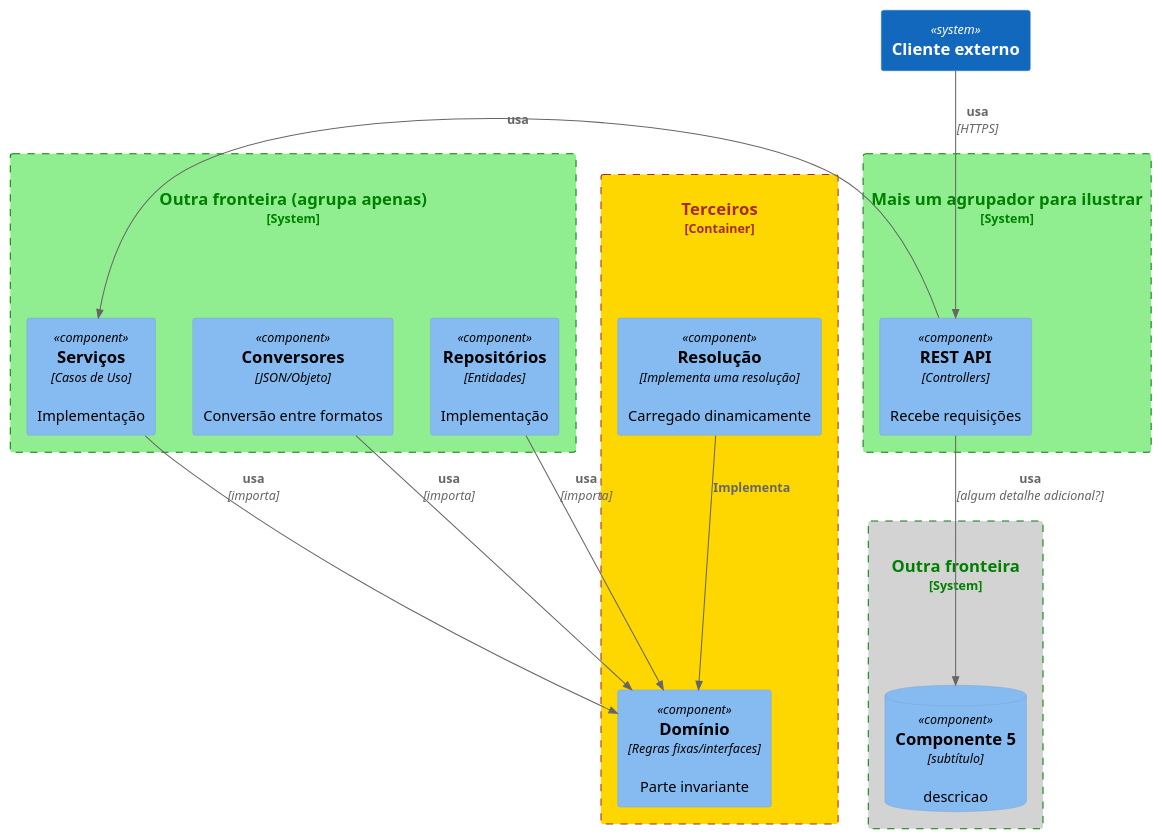
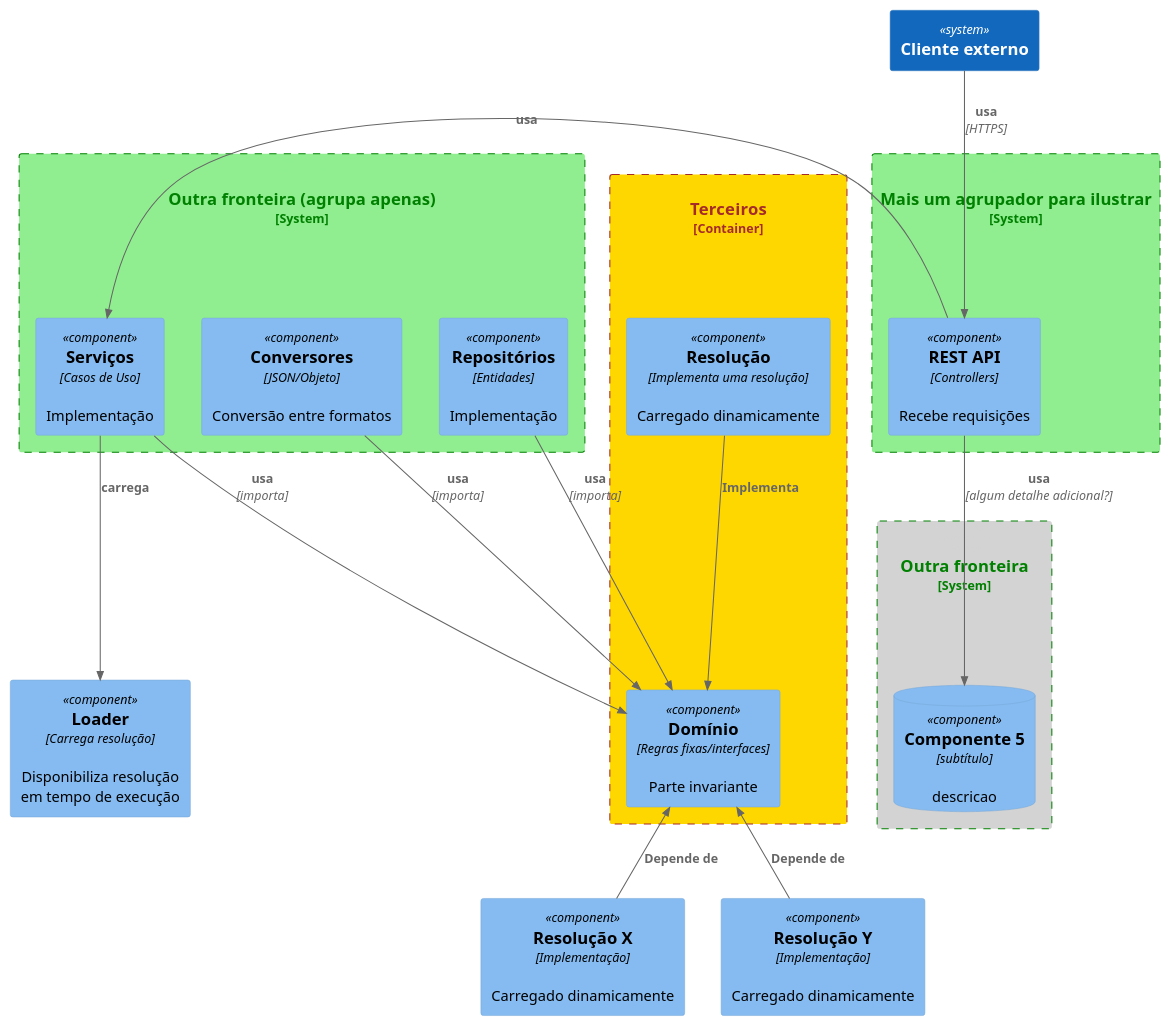
One commit to kyriosdata/docente-inf changed the diagram in documentacao/diagramas/c4-component.puml. Above: the diagram before and after it, drawn with PlantUML.

```diff
--- a/documentacao/diagramas/c4-component.puml
+++ b/documentacao/diagramas/c4-component.puml
@@ -1,43 +1,53 @@
 @startuml c4-component
 !include https://raw.githubusercontent.com/plantuml-stdlib/C4-PlantUML/master/C4_Component.puml
 
 UpdateBoundaryStyle($bgColor="gold", $fontColor="brown", $borderColor="brown")
 UpdateSystemBoundaryStyle($bgColor="gold", $fontColor="white", $borderColor="white")
 
 System(cliente, "Cliente externo")
 
 Container_Boundary(c3, "Terceiros") {
     Component(comp1, "Domínio", "Regras fixas/interfaces", "Parte invariante")
     Component(comp2, "Resolução", "Implementa uma resolução", "Carregado dinamicamente")
     Rel(comp2, comp1, "Implementa", "")
 }
 
 System_Boundary(c1, "Outra fronteira (agrupa apenas)", $tags="v1") {
     Component(comp6, "Conversores", "JSON/Objeto", "Conversão entre formatos")
     Component(comp7, "Serviços", "Casos de Uso", "Implementação")
     Component(comp8, "Repositórios", "Entidades", "Implementação")
     Rel(comp7, comp1, "usa", "importa")
     Rel(comp8, comp1, "usa", "importa")
     Rel(comp6, comp1, "usa", "importa")
 }
 
 System_Boundary(c2, "Mais um agrupador para ilustrar", $tags="v1") {
     Component(comp3, "REST API", "Controllers", "Recebe requisições")
 }
 
 System_Boundary(c4, "Outra fronteira", $tags="v2") {
     ComponentDb(comp5, "Componente 5", "subtítulo", "descricao")
 }
 
 Rel(comp3, comp5, "usa", "algum detalhe adicional?")
 
 AddBoundaryTag("v1", $bgColor="lightgreen", $fontColor="green", $borderColor="green")
 AddElementTag("v1", $bgColor="lightred", $fontColor="red", $borderColor="red")
 
 AddBoundaryTag("v2", $bgColor="LightGray", $fontColor="green", $borderColor="green")
 AddElementTag("v2", $bgColor="LightBlue", $fontColor="red", $borderColor="red")
 
 Rel_L(comp3, comp7, "usa", "")
 Rel(cliente, comp3, "usa", "HTTPS")
 
+Component(comp9, "Resolução X", "Implementação", "Carregado dinamicamente")
+Component(comp10, "Resolução Y", "Implementação", "Carregado dinamicamente")
+
+Component(comp11, "Loader", "Carrega resolução", "Disponibiliza resolução\nem tempo de execução")
+
+Rel_U(comp9, comp1, "Depende de", "")
+Rel_U(comp10, comp1, "Depende de", "")
+Rel_D(comp7, comp11, "carrega", "")
+
+
 @enduml
```
